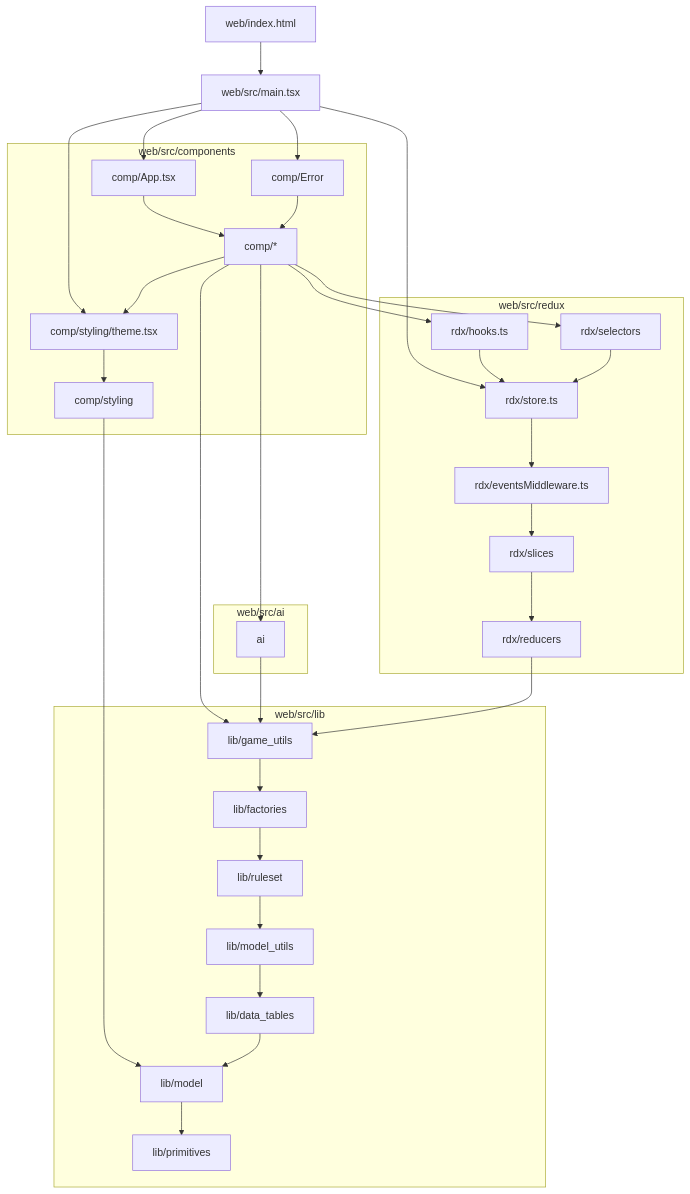
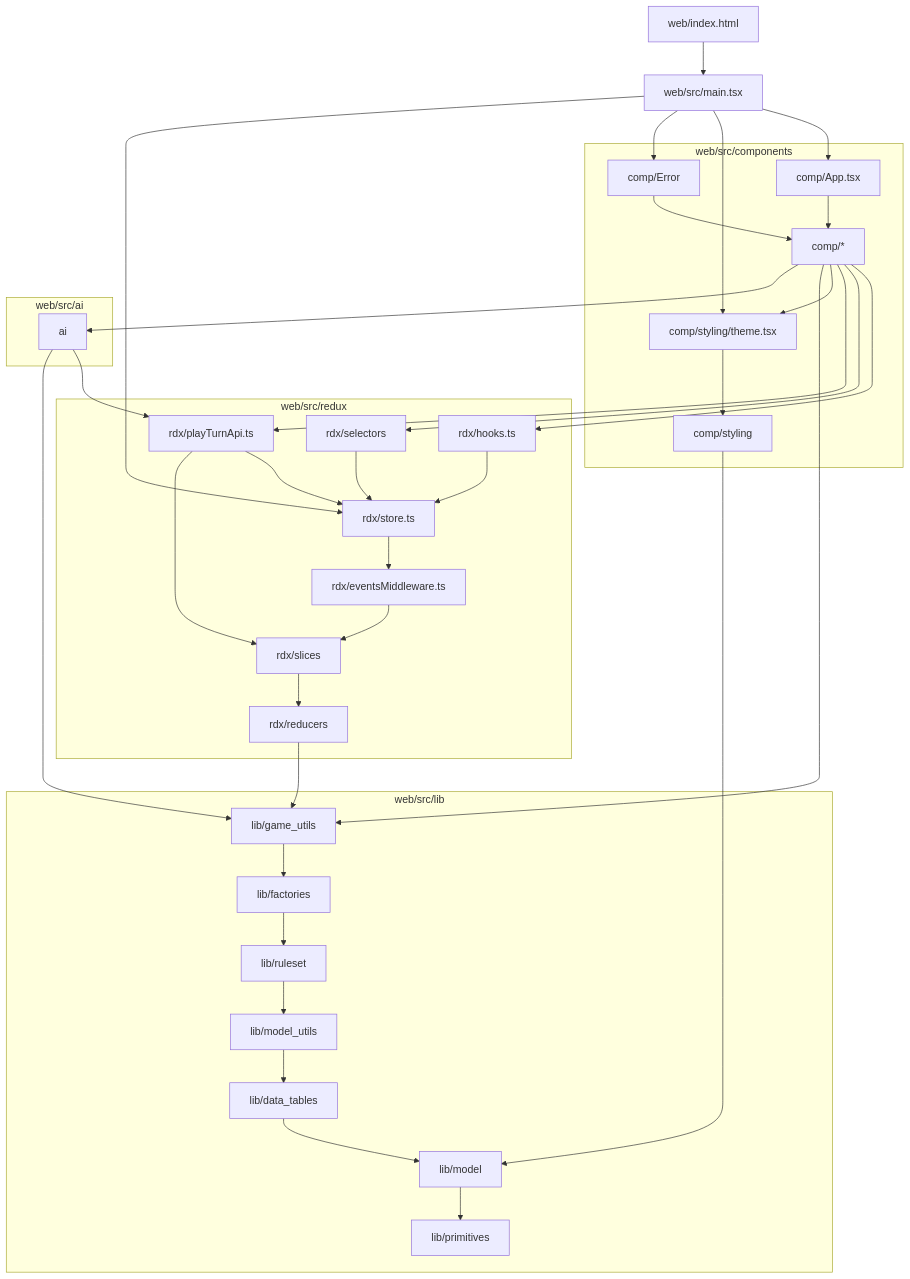
The first of 3 diagrams in docs/design/about_code_dependencies.md (konrad-jamrozik/game-ts), drawn with Mermaid before and after one commit. The commit also changed other lines of this file and 9 other files, not shown here.

First line of the commit message:
Move playTurnApi.ts to redux/ directory for proper dependency compliance

````diff
--- a/docs/design/about_code_dependencies.md
+++ b/docs/design/about_code_dependencies.md
@@ -49,62 +49,67 @@
 ```mermaid
 graph TD
     IndexH[web/index.html] --> MainTs[web/src/main.tsx]
 
     subgraph "web/src/components"
         CompApp[comp/App.tsx]
         CompTheme[comp/styling/theme.tsx]
         CompErr[comp/Error]
         Comp__[comp/*]
         CompSt[comp/styling]
     end
 
     subgraph "web/src/redux"
         RdxHook[rdx/hooks.ts]
         RdxStore[rdx/store.ts]
         RdxSel[rdx/selectors]
         RdxMid[rdx/eventsMiddleware.ts]
         RdxSli[rdx/slices]
         RdxRed[rdx/reducers]
+        RdxPlayTurnApi[rdx/playTurnApi.ts]
     end
 
     subgraph "web/src/ai"
         Ai[ai]
     end
 
     subgraph "web/src/lib"
         LibGam[lib/game_utils]
         LibFac[lib/factories]
         LibRul[lib/ruleset]
         LibDataT[lib/data_tables]
         LibMUt[lib/model_utils]
         LibMod[lib/model]
         LibPri[lib/primitives]
     end
 
     MainTs --> CompApp
     MainTs --> CompTheme
     MainTs --> CompErr
     MainTs --> RdxStore
     CompTheme --> CompSt
     CompApp --> Comp__
     CompErr --> Comp__
     Comp__ --> RdxHook
     Comp__ --> RdxSel
+    Comp__ --> RdxPlayTurnApi
     Comp__ --> CompTheme
     Comp__ --> LibGam
     Comp__ --> Ai
+    Ai --> RdxPlayTurnApi
     Ai --> LibGam
+    RdxPlayTurnApi --> RdxStore
+    RdxPlayTurnApi --> RdxSli
     CompSt --> LibMod
     RdxStore --> RdxMid
     RdxMid --> RdxSli
     RdxSli --> RdxRed
     RdxRed --> LibGam
     RdxHook --> RdxStore
     RdxSel --> RdxStore
     LibGam --> LibFac
     LibFac --> LibRul
     LibRul --> LibMUt
     LibMUt --> LibDataT
     LibDataT --> LibMod
     LibMod --> LibPri
 ```
````
